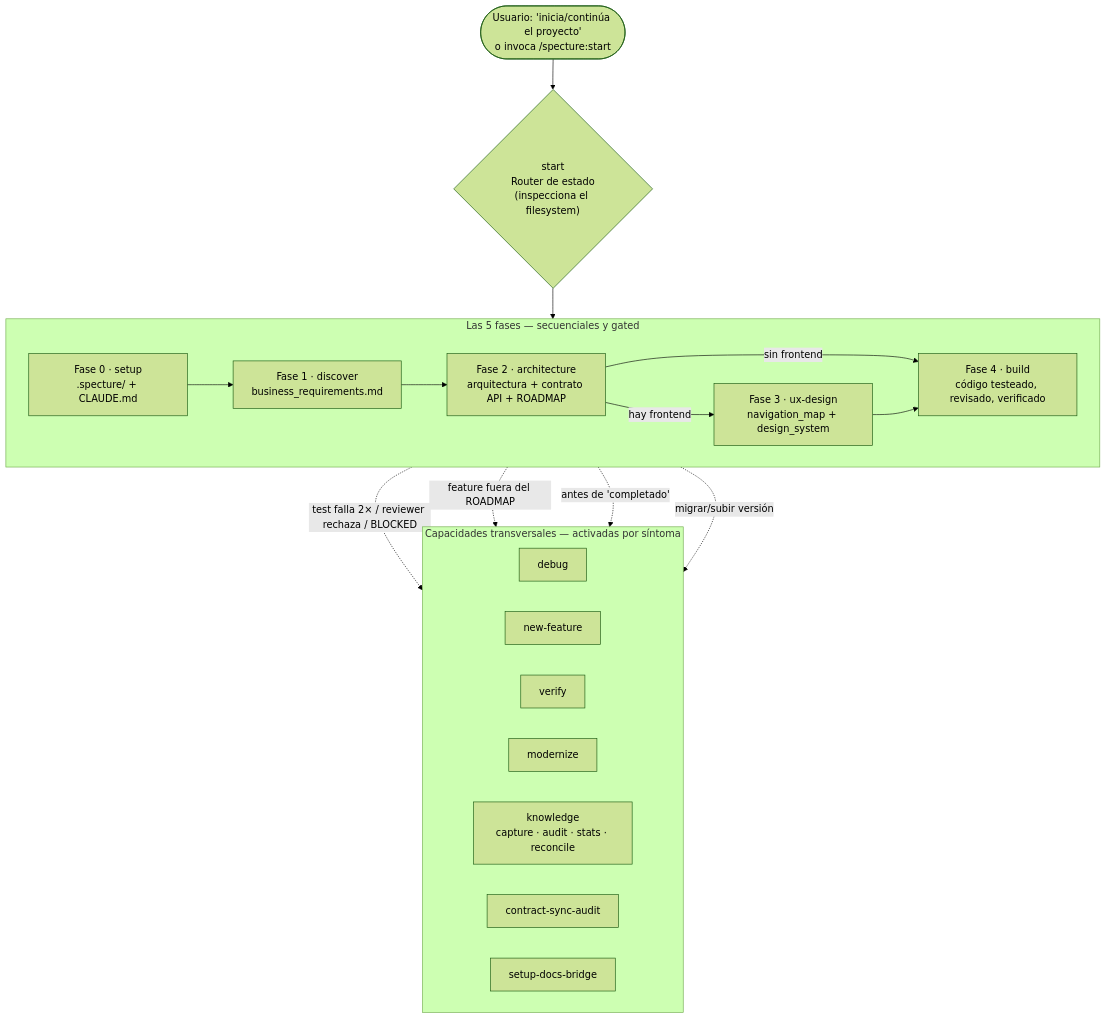
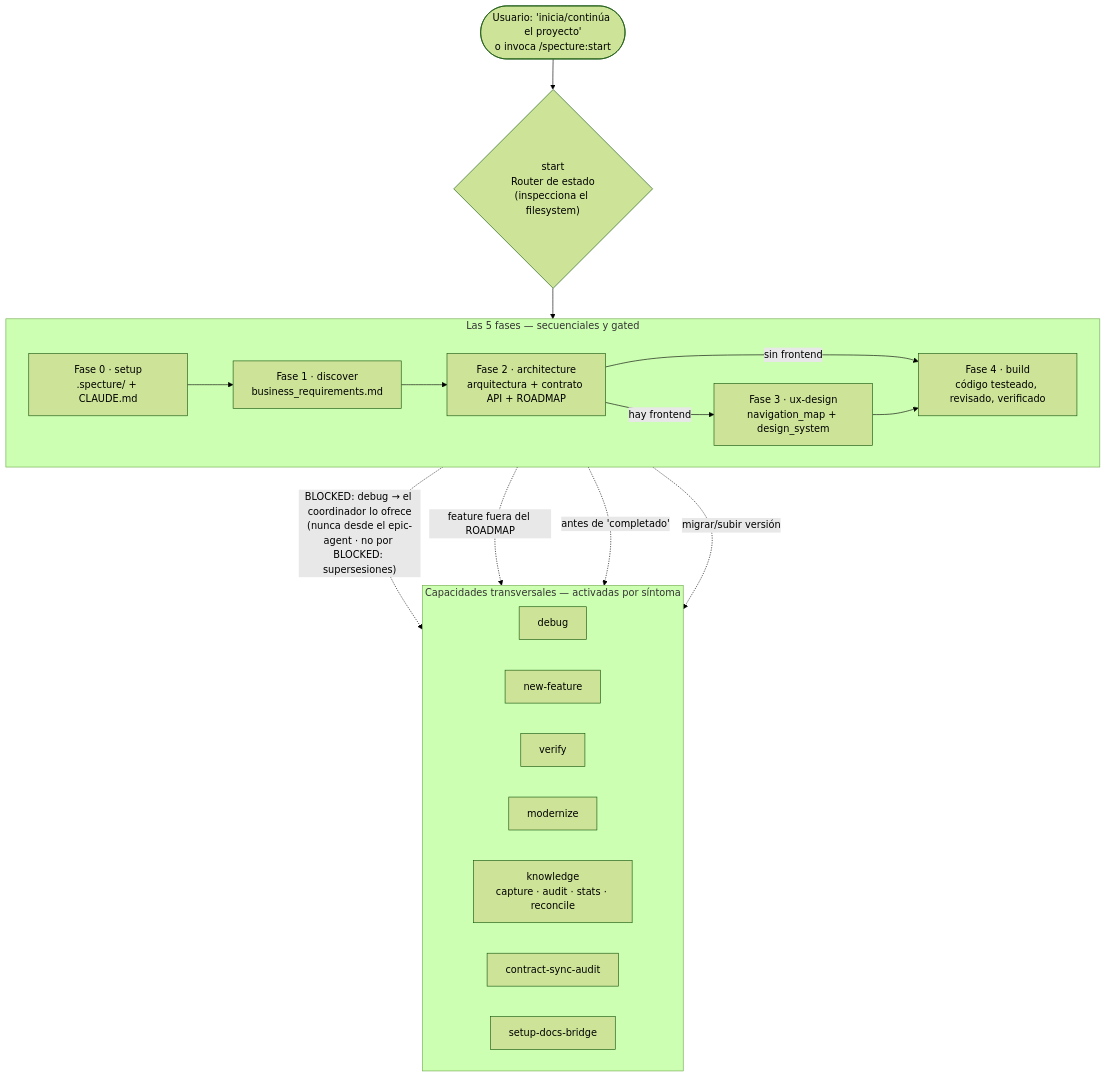
Before and after one commit to FerEscobarDev/Specture: the first of 20 diagrams in docs/execution-flows.md, drawn with Mermaid (forest theme). The commit also changed other lines of this file and 9 other files, not shown here.

````diff
--- a/docs/execution-flows.md
+++ b/docs/execution-flows.md
@@ -35,31 +35,31 @@
 ```mermaid
 flowchart TB
     U(["Usuario: 'inicia/continúa el proyecto'<br/>o invoca /specture:start"]) --> R{"start<br/>Router de estado<br/>(inspecciona el filesystem)"}
 
     subgraph FASES["Las 5 fases — secuenciales y gated"]
       direction LR
       F0["Fase 0 · setup<br/>.specture/ + CLAUDE.md"] --> F1["Fase 1 · discover<br/>business_requirements.md"]
       F1 --> F2["Fase 2 · architecture<br/>arquitectura + contrato API + ROADMAP"]
       F2 -->|"hay frontend"| F3["Fase 3 · ux-design<br/>navigation_map + design_system"]
       F2 -->|"sin frontend"| F4
       F3 --> F4["Fase 4 · build<br/>código testeado, revisado, verificado"]
     end
 
     R --> FASES
 
     subgraph TRANS["Capacidades transversales — activadas por síntoma"]
       direction LR
       T1["debug"]
       T2["new-feature"]
       T3["verify"]
       T4["modernize"]
       T5["knowledge<br/>capture · audit · stats · reconcile"]
       T7["contract-sync-audit"]
       T8["setup-docs-bridge"]
     end
 
-    F4 -.->|"test falla 2× / reviewer rechaza / BLOCKED"| T1
+    F4 -.->|"BLOCKED: debug → el coordinador lo ofrece<br/>(nunca desde el epic-agent · no por BLOCKED: supersesiones)"| T1
     F4 -.->|"feature fuera del ROADMAP"| T2
     F4 -.->|"antes de 'completado'"| T3
     FASES -.->|"migrar/subir versión"| T4
 ```
````
